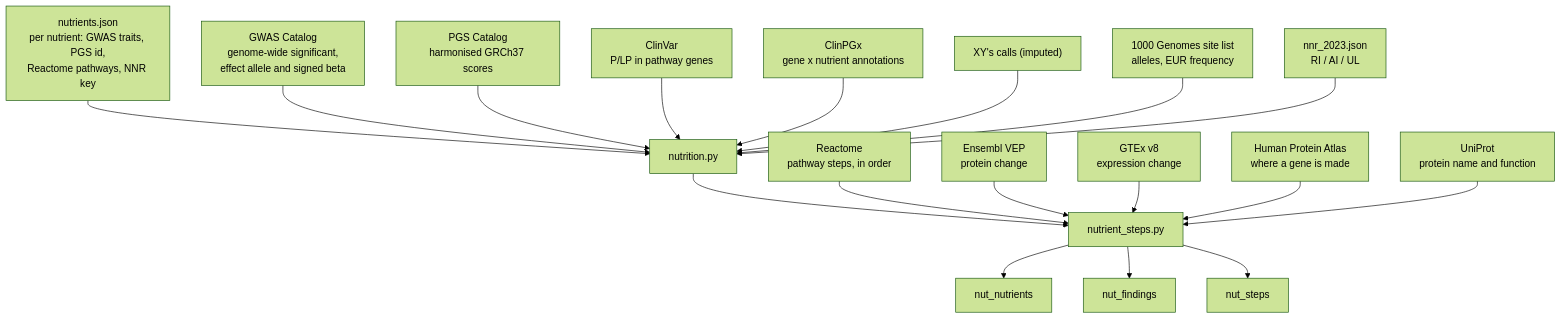
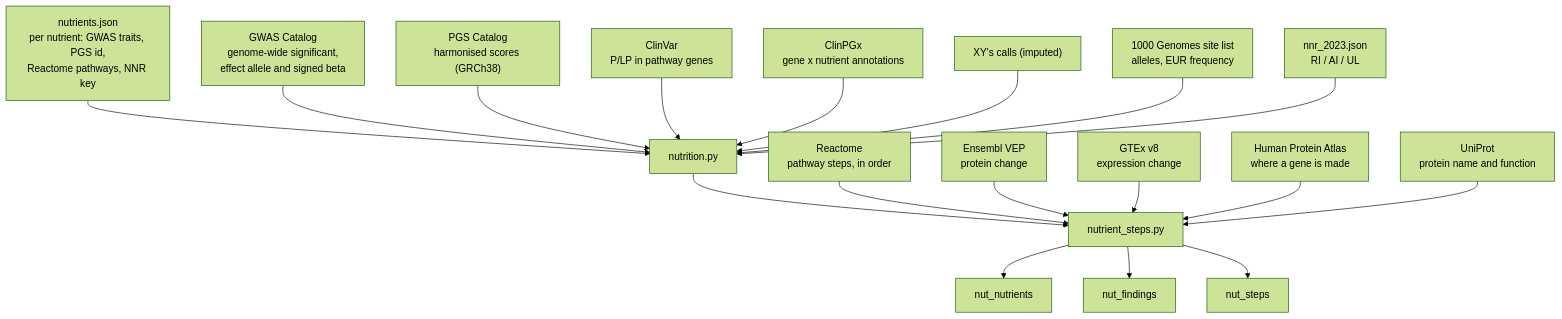
The diagram in docs/architecture/nutrition.md (Lyceriuss/DNA-Analyzer), drawn with Mermaid (forest theme) before and after one commit. The commit also changed 6 other files, not shown here.

First line of the commit message:
Architecture docs: current imputation, pack and lite mode; migration page removed

````diff
--- a/docs/architecture/nutrition.md
+++ b/docs/architecture/nutrition.md
@@ -19,18 +19,18 @@
 ```mermaid
 flowchart TB
     CFG["nutrients.json<br/>per nutrient: GWAS traits, PGS id,<br/>Reactome pathways, NNR key"] --> BUILD
     GWAS["GWAS Catalog<br/>genome-wide significant,<br/>effect allele and signed beta"] --> BUILD["nutrition.py"]
-    PGS["PGS Catalog<br/>harmonised GRCh37 scores"] --> BUILD
+    PGS["PGS Catalog<br/>harmonised scores (GRCh38)"] --> BUILD
     CV["ClinVar<br/>P/LP in pathway genes"] --> BUILD
     PGX["ClinPGx<br/>gene x nutrient annotations"] --> BUILD
     CALLS["XY's calls (imputed)"] --> BUILD
     KG["1000 Genomes site list<br/>alleles, EUR frequency"] --> BUILD
     NNR["nnr_2023.json<br/>RI / AI / UL"] --> BUILD
     BUILD --> STEPS["nutrient_steps.py"]
     RE["Reactome<br/>pathway steps, in order"] --> STEPS
     VEP["Ensembl VEP<br/>protein change"] --> STEPS
     GTEX["GTEx v8<br/>expression change"] --> STEPS
     HPA["Human Protein Atlas<br/>where a gene is made"] --> STEPS
     UP["UniProt<br/>protein name and function"] --> STEPS
     STEPS --> N["nut_nutrients"] & F["nut_findings"] & S["nut_steps"]
 ```
````
